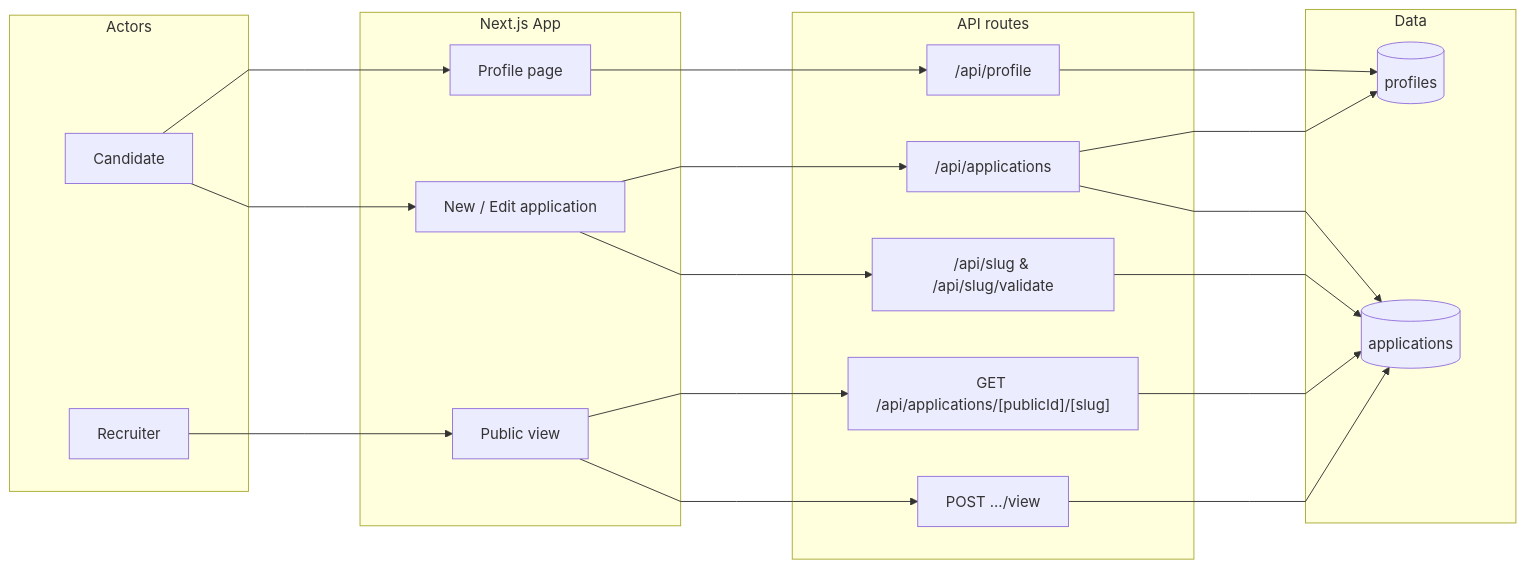
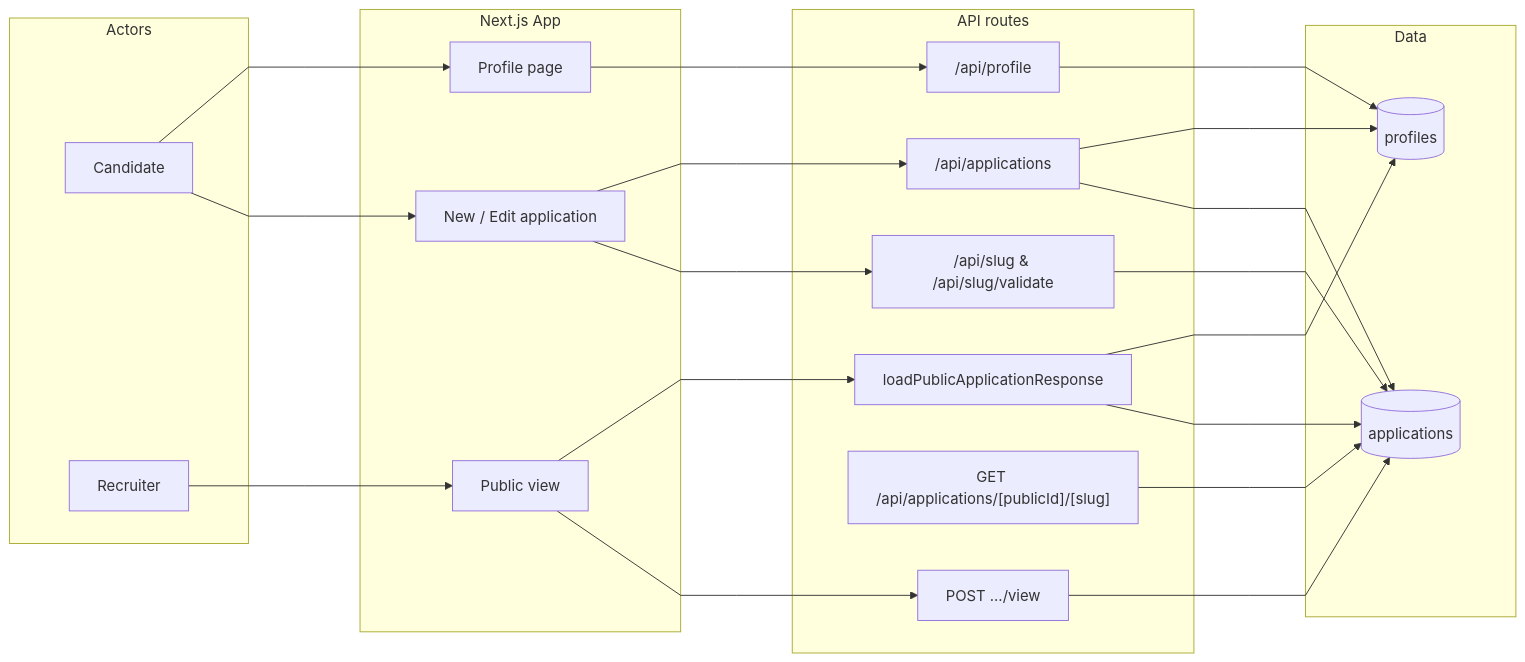
The first of 13 diagrams in docs/DATA_FLOW.md (joan-gerard/my-hire-view), drawn with Mermaid before and after one commit. The commit also changed other lines of this file and 13 other files, not shown here.

Commit message:
fix: load public view in-process and require NEXT_PUBLIC_SITE_URL in production (D1-007, D1-061)

````diff
--- a/docs/DATA_FLOW.md
+++ b/docs/DATA_FLOW.md
@@ -42,44 +42,47 @@
 ```mermaid
 %%{init: {'flowchart': {'rankSpacing': 120, 'nodeSpacing': 50, 'curve': 'linear'}}}%%
 flowchart LR
   subgraph Actors
     Candidate[Candidate]
     Recruiter[Recruiter]
   end
 
   subgraph App[Next.js App]
     ProfilePage[Profile page]
     NewEdit[New / Edit application]
     ViewPage[Public view]
   end
 
   subgraph APIs[API routes]
     ProfileAPI["/api/profile"]
     AppsAPI["/api/applications"]
     SlugAPIs["/api/slug &amp; /api/slug/validate"]
+    ViewLoader["loadPublicApplicationResponse"]
     ViewSlugAPI["GET /api/applications/[publicId]/[slug]"]
     ViewAPI["POST .../view"]
   end
 
   subgraph Data[Data]
     Profiles[(profiles)]
     Applications[(applications)]
   end
 
   Candidate --> ProfilePage
   Candidate --> NewEdit
   Recruiter --> ViewPage
 
   ProfilePage --> ProfileAPI
   NewEdit --> AppsAPI
   NewEdit --> SlugAPIs
-  ViewPage --> ViewSlugAPI
+  ViewPage --> ViewLoader
   ViewPage --> ViewAPI
 
   ProfileAPI --> Profiles
   AppsAPI --> Profiles
   AppsAPI --> Applications
   SlugAPIs --> Applications
+  ViewLoader --> Profiles
+  ViewLoader --> Applications
   ViewSlugAPI --> Applications
   ViewAPI --> Applications
 ```
````
